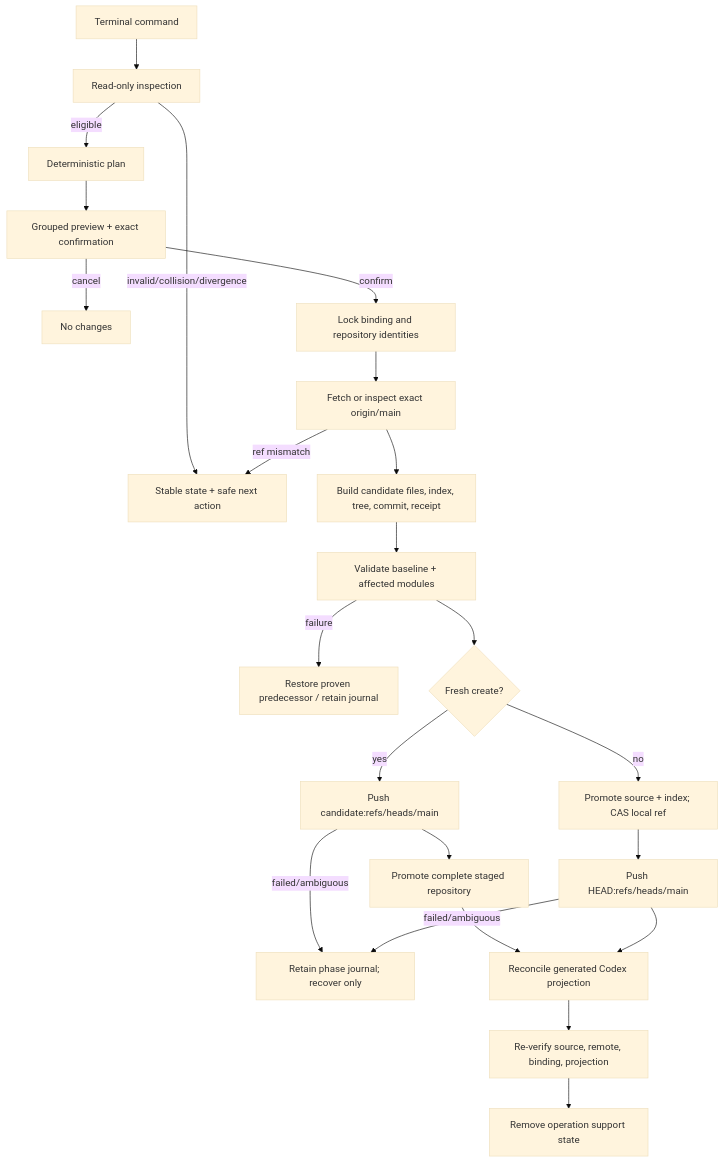
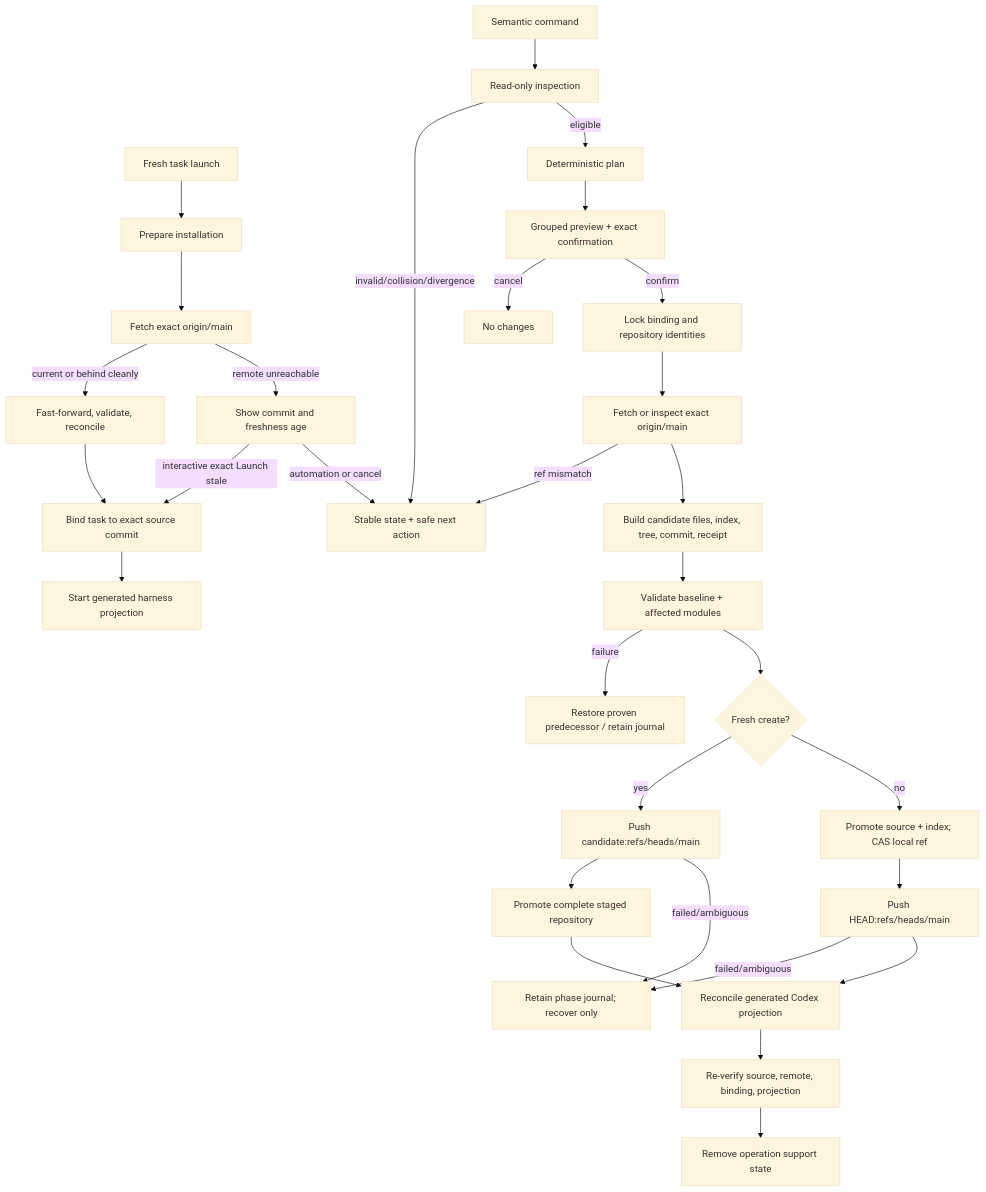
The diagram in docs/plans/92-canonical-assistant-kernel/03-design.md (acoz-labs/my-friday), drawn with Mermaid (base theme) before and after one commit. The commit also changed other lines of this file and 5 other files, not shown here.

````diff
--- a/docs/plans/92-canonical-assistant-kernel/03-design.md
+++ b/docs/plans/92-canonical-assistant-kernel/03-design.md
@@ -5,25 +5,33 @@
 ```mermaid
 flowchart TD
-  CLI[Terminal command] --> Inspect[Read-only inspection]
+  Launch[Fresh task launch] --> Prepare[Prepare installation]
+  Prepare --> FetchLatest[Fetch exact origin/main]
+  FetchLatest -->|current or behind cleanly| FF[Fast-forward, validate, reconcile]
+  FetchLatest -->|remote unreachable| Stale[Show commit and freshness age]
+  Stale -->|interactive exact Launch stale| Bound[Bind task to exact source commit]
+  Stale -->|automation or cancel| Deny[Stable state + safe next action]
+  FF --> Bound
+  Bound --> Codex[Start generated harness projection]
+  CLI[Semantic command] --> Inspect[Read-only inspection]
   Inspect -->|invalid/collision/divergence| Deny[Stable state + safe next action]
   Inspect -->|eligible| Plan[Deterministic plan]
   Plan --> Preview[Grouped preview + exact confirmation]
   Preview -->|cancel| Noop[No changes]
   Preview -->|confirm| Lock[Lock binding and repository identities]
   Lock --> Fetch[Fetch or inspect exact origin/main]
   Fetch -->|ref mismatch| Deny
   Fetch --> Stage[Build candidate files, index, tree, commit, receipt]
   Stage --> Validate[Validate baseline + affected modules]
   Validate -->|failure| Restore[Restore proven predecessor / retain journal]
   Validate --> Route{Fresh create?}
   Route -->|yes| CreatePush[Push candidate:refs/heads/main]
   CreatePush --> CreatePromote[Promote complete staged repository]
   CreatePush -->|failed/ambiguous| Journal[Retain phase journal; recover only]
   CreatePromote --> Projection[Reconcile generated Codex projection]
   Route -->|no| Promote[Promote source + index; CAS local ref]
   Promote --> UpdatePush[Push HEAD:refs/heads/main]
   UpdatePush -->|failed/ambiguous| Journal
   UpdatePush --> Projection
   Projection --> Final[Re-verify source, remote, binding, projection]
   Final --> Cleanup[Remove operation support state]
 ```
````
